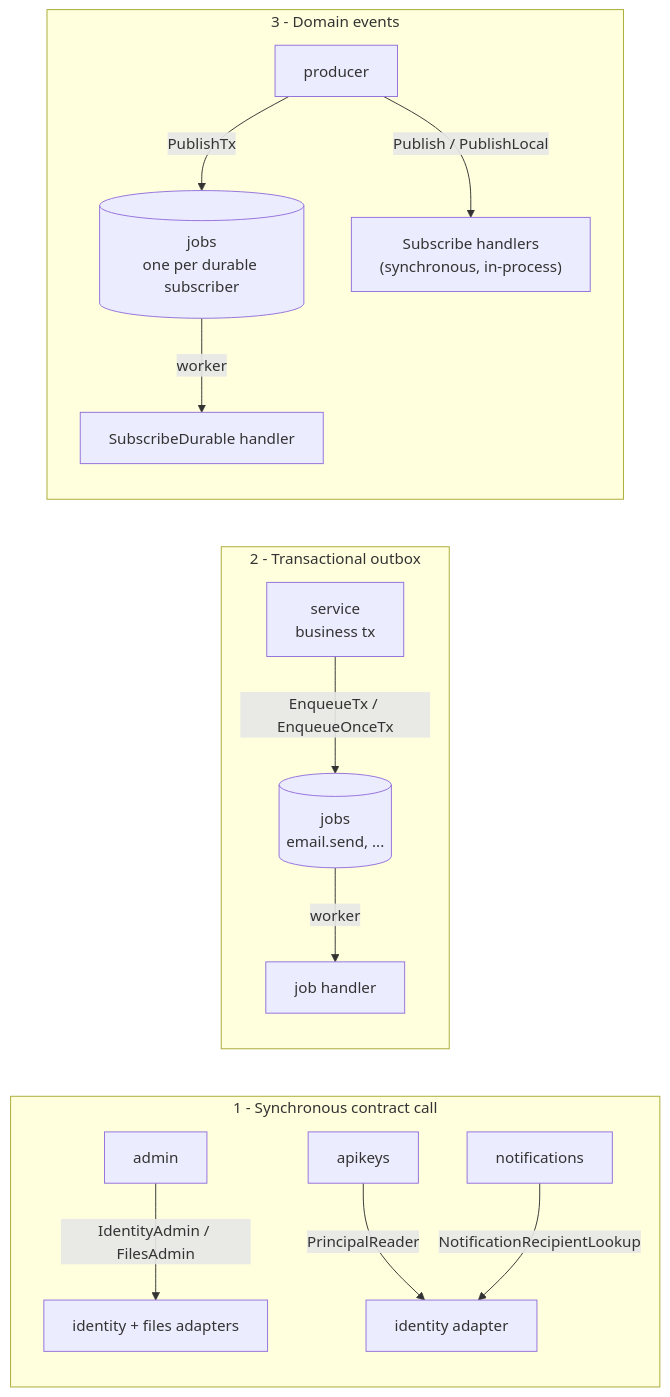
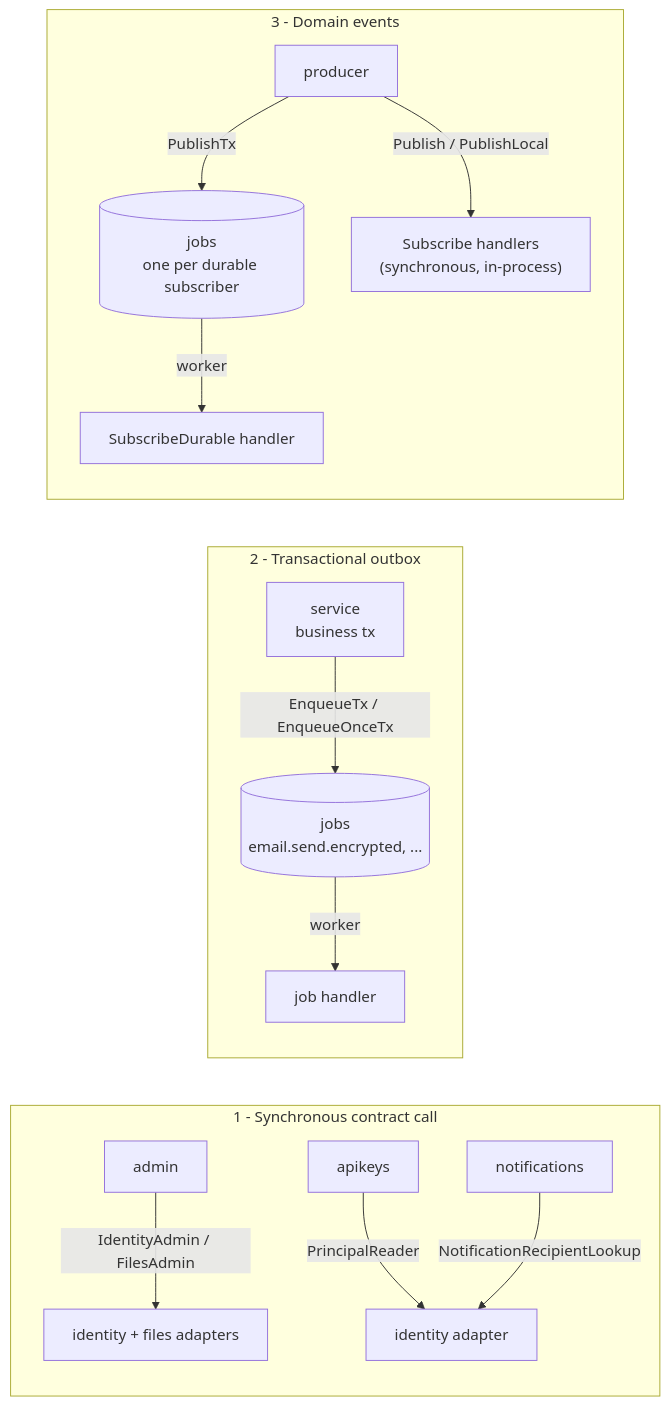
Before and after one commit to chuanghiduoc/fiber-golang-boilerplate: the third of 6 diagrams in docs/architecture.md, drawn with Mermaid. The commit also changed other lines of this file and 911 other files, not shown here.

````diff
--- a/docs/architecture.md
+++ b/docs/architecture.md
@@ -174,17 +171,17 @@
 ```mermaid
 flowchart LR
     subgraph sync["1 - Synchronous contract call"]
         adm[admin] -->|IdentityAdmin / FilesAdmin| ad1[identity + files adapters]
         ak[apikeys] -->|PrincipalReader| ad2[identity adapter]
         nt[notifications] -->|NotificationRecipientLookup| ad2
     end
     subgraph outbox["2 - Transactional outbox"]
-        svc["service<br/>business tx"] -->|EnqueueTx / EnqueueOnceTx| j1[("jobs<br/>email.send, ...")]
+        svc["service<br/>business tx"] -->|EnqueueTx / EnqueueOnceTx| j1[("jobs<br/>email.send.encrypted, ...")]
         j1 -->|worker| h1["job handler"]
     end
     subgraph bus["3 - Domain events"]
         pub["producer"] -->|PublishTx| j2[("jobs<br/>one per durable subscriber")]
         pub -->|Publish / PublishLocal| loc["Subscribe handlers<br/>(synchronous, in-process)"]
         j2 -->|worker| dur["SubscribeDurable handler"]
     end
 ```
````
